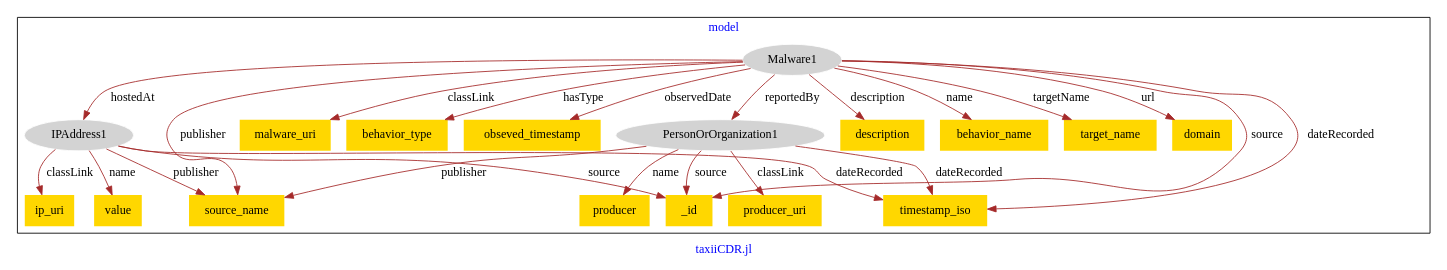
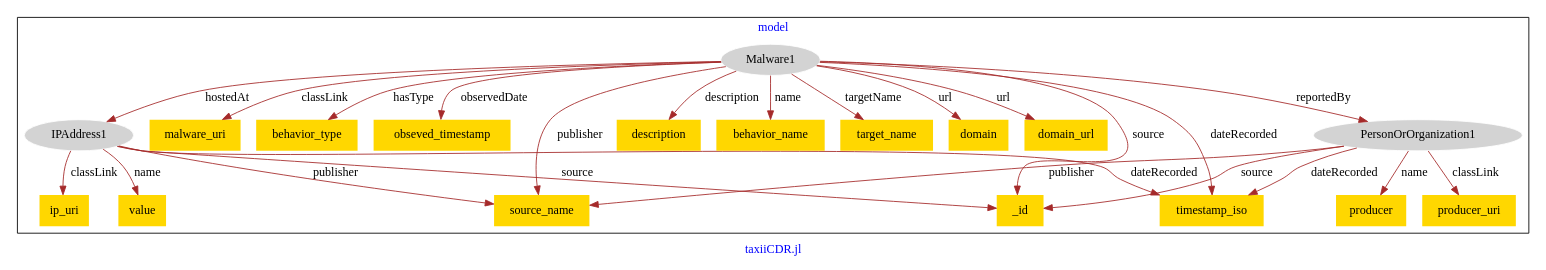
The diagram in models/hg-taxii/hg_taxii-model.dot (usc-isi-i2/effect-alignment), drawn with Graphviz before and after one commit.

Commit message:
Update file hg_taxii-model.dot

```diff
--- a/models/hg-taxii/hg_taxii-model.dot
+++ b/models/hg-taxii/hg_taxii-model.dot
@@ -1,47 +1,49 @@
 digraph n0 {
 fontcolor="blue"
 remincross="true"
 label="taxiiCDR.jl"
 subgraph cluster {
 label="model"
 n2[style="filled",color="white",fillcolor="lightgray",label="IPAddress1"];
 n3[shape="plaintext",style="filled",fillcolor="gold",label="ip_uri"];
 n4[shape="plaintext",style="filled",fillcolor="gold",label="value"];
-n5[shape="plaintext",style="filled",fillcolor="gold",label="source_name"];
-n6[style="filled",color="white",fillcolor="lightgray",label="Malware1"];
-n7[shape="plaintext",style="filled",fillcolor="gold",label="malware_uri"];
-n8[shape="plaintext",style="filled",fillcolor="gold",label="behavior_type"];
-n9[shape="plaintext",style="filled",fillcolor="gold",label="obseved_timestamp"];
-n10[style="filled",color="white",fillcolor="lightgray",label="PersonOrOrganization1"];
-n11[shape="plaintext",style="filled",fillcolor="gold",label="description"];
-n12[shape="plaintext",style="filled",fillcolor="gold",label="behavior_name"];
-n13[shape="plaintext",style="filled",fillcolor="gold",label="target_name"];
-n14[shape="plaintext",style="filled",fillcolor="gold",label="domain"];
+n5[style="filled",color="white",fillcolor="lightgray",label="Malware1"];
+n6[shape="plaintext",style="filled",fillcolor="gold",label="malware_uri"];
+n7[shape="plaintext",style="filled",fillcolor="gold",label="behavior_type"];
+n8[shape="plaintext",style="filled",fillcolor="gold",label="obseved_timestamp"];
+n9[style="filled",color="white",fillcolor="lightgray",label="PersonOrOrganization1"];
+n10[shape="plaintext",style="filled",fillcolor="gold",label="description"];
+n11[shape="plaintext",style="filled",fillcolor="gold",label="behavior_name"];
+n12[shape="plaintext",style="filled",fillcolor="gold",label="target_name"];
+n13[shape="plaintext",style="filled",fillcolor="gold",label="domain"];
+n14[shape="plaintext",style="filled",fillcolor="gold",label="domain_url"];
 n15[shape="plaintext",style="filled",fillcolor="gold",label="producer_uri"];
 n16[shape="plaintext",style="filled",fillcolor="gold",label="timestamp_iso"];
 n17[shape="plaintext",style="filled",fillcolor="gold",label="producer"];
-n18[shape="plaintext",style="filled",fillcolor="gold",label="_id"];
+n18[shape="plaintext",style="filled",fillcolor="gold",label="source_name"];
+n19[shape="plaintext",style="filled",fillcolor="gold",label="_id"];
 }
 n2 -> n3[color="brown",fontcolor="black",label="classLink"]
 n2 -> n4[color="brown",fontcolor="black",label="name"]
-n2 -> n5[color="brown",fontcolor="black",label="publisher"]
-n6 -> n7[color="brown",fontcolor="black",label="classLink"]
-n6 -> n8[color="brown",fontcolor="black",label="hasType"]
-n6 -> n9[color="brown",fontcolor="black",label="observedDate"]
-n6 -> n10[color="brown",fontcolor="black",label="reportedBy"]
-n6 -> n11[color="brown",fontcolor="black",label="description"]
-n6 -> n12[color="brown",fontcolor="black",label="name"]
-n6 -> n13[color="brown",fontcolor="black",label="targetName"]
-n6 -> n14[color="brown",fontcolor="black",label="url"]
-n10 -> n15[color="brown",fontcolor="black",label="classLink"]
-n10 -> n16[color="brown",fontcolor="black",label="dateRecorded"]
-n10 -> n17[color="brown",fontcolor="black",label="name"]
-n10 -> n5[color="brown",fontcolor="black",label="publisher"]
-n10 -> n18[color="brown",fontcolor="black",label="source"]
-n6 -> n5[color="brown",fontcolor="black",label="publisher"]
-n6 -> n2[color="brown",fontcolor="black",label="hostedAt"]
-n6 -> n16[color="brown",fontcolor="black",label="dateRecorded"]
-n6 -> n18[color="brown",fontcolor="black",label="source"]
-n2 -> n18[color="brown",fontcolor="black",label="source"]
+n5 -> n6[color="brown",fontcolor="black",label="classLink"]
+n5 -> n7[color="brown",fontcolor="black",label="hasType"]
+n5 -> n2[color="brown",fontcolor="black",label="hostedAt"]
+n5 -> n8[color="brown",fontcolor="black",label="observedDate"]
+n5 -> n9[color="brown",fontcolor="black",label="reportedBy"]
+n5 -> n10[color="brown",fontcolor="black",label="description"]
+n5 -> n11[color="brown",fontcolor="black",label="name"]
+n5 -> n12[color="brown",fontcolor="black",label="targetName"]
+n5 -> n13[color="brown",fontcolor="black",label="url"]
+n5 -> n14[color="brown",fontcolor="black",label="url"]
+n9 -> n15[color="brown",fontcolor="black",label="classLink"]
+n9 -> n16[color="brown",fontcolor="black",label="dateRecorded"]
+n9 -> n17[color="brown",fontcolor="black",label="name"]
+n9 -> n18[color="brown",fontcolor="black",label="publisher"]
+n9 -> n19[color="brown",fontcolor="black",label="source"]
+n5 -> n18[color="brown",fontcolor="black",label="publisher"]
+n5 -> n16[color="brown",fontcolor="black",label="dateRecorded"]
 n2 -> n16[color="brown",fontcolor="black",label="dateRecorded"]
+n2 -> n19[color="brown",fontcolor="black",label="source"]
+n5 -> n19[color="brown",fontcolor="black",label="source"]
+n2 -> n18[color="brown",fontcolor="black",label="publisher"]
 }
```
